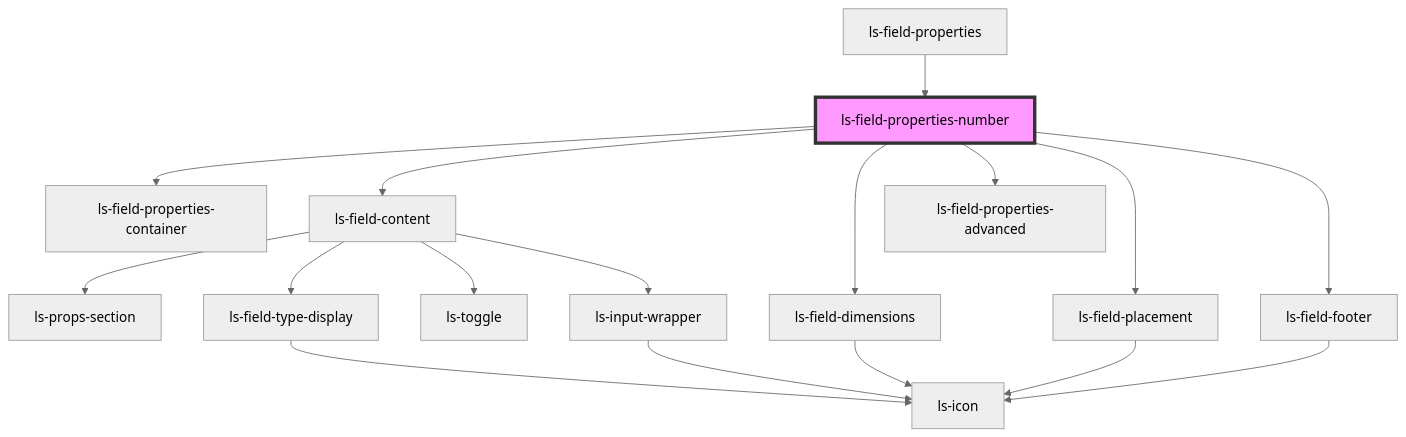
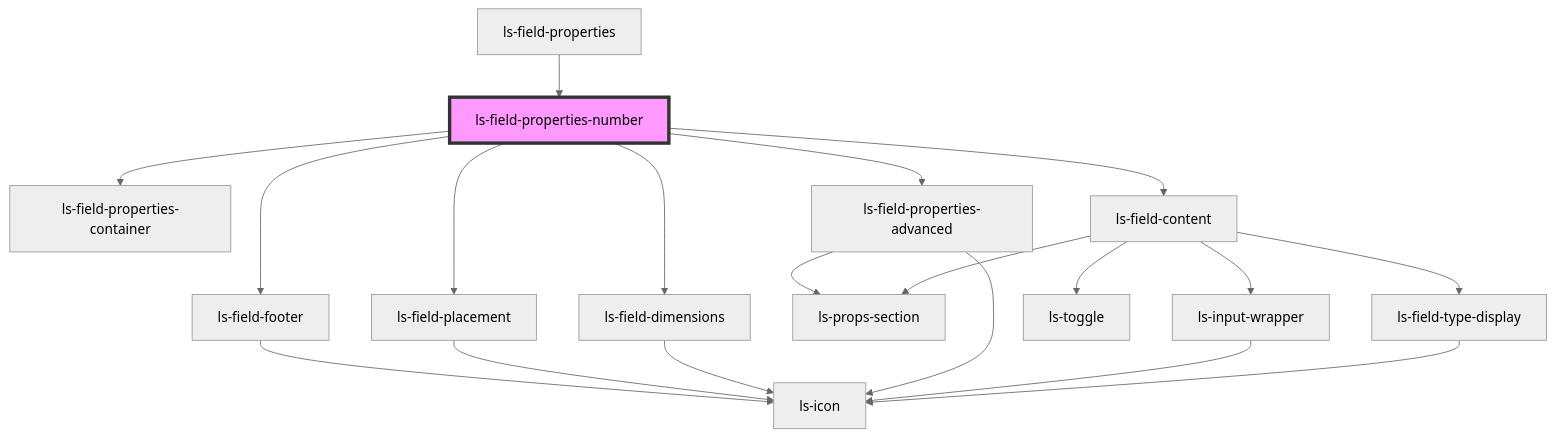
The diagram in src/components/ls-field-properties-number/readme.md (legalesign/ls-document-viewer), drawn with Mermaid (neutral theme) before and after one commit. The commit also changed 31 other files, not shown here.

````diff
--- a/src/components/ls-field-properties-number/readme.md
+++ b/src/components/ls-field-properties-number/readme.md
@@ -31,20 +31,22 @@
 ```mermaid
 graph TD;
   ls-field-properties-number --> ls-field-properties-container
   ls-field-properties-number --> ls-field-content
+  ls-field-properties-number --> ls-field-properties-advanced
   ls-field-properties-number --> ls-field-dimensions
-  ls-field-properties-number --> ls-field-properties-advanced
   ls-field-properties-number --> ls-field-placement
   ls-field-properties-number --> ls-field-footer
   ls-field-content --> ls-props-section
   ls-field-content --> ls-field-type-display
   ls-field-content --> ls-toggle
   ls-field-content --> ls-input-wrapper
   ls-field-type-display --> ls-icon
   ls-input-wrapper --> ls-icon
+  ls-field-properties-advanced --> ls-icon
+  ls-field-properties-advanced --> ls-props-section
   ls-field-dimensions --> ls-icon
   ls-field-placement --> ls-icon
   ls-field-footer --> ls-icon
   ls-field-properties --> ls-field-properties-number
   style ls-field-properties-number fill:#f9f,stroke:#333,stroke-width:4px
 ```
````
